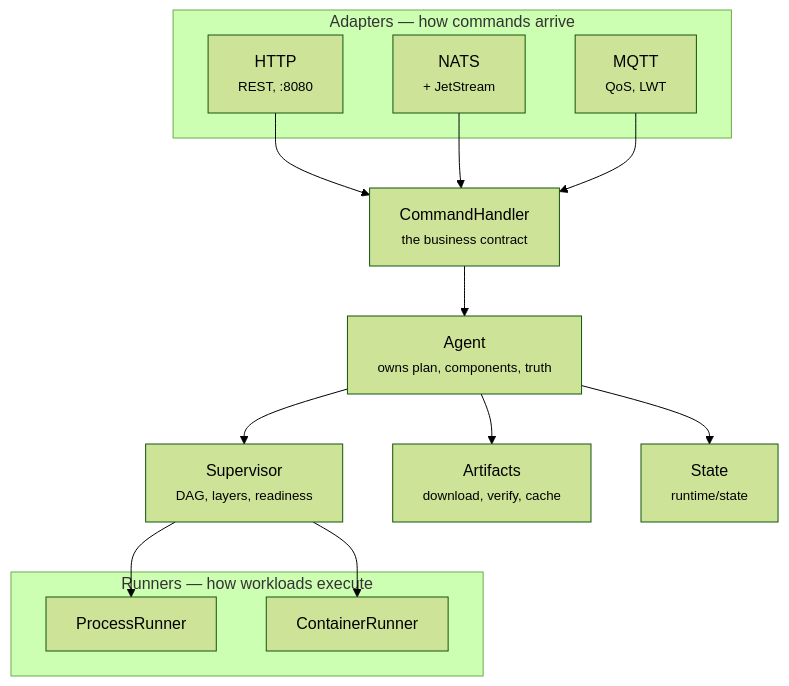
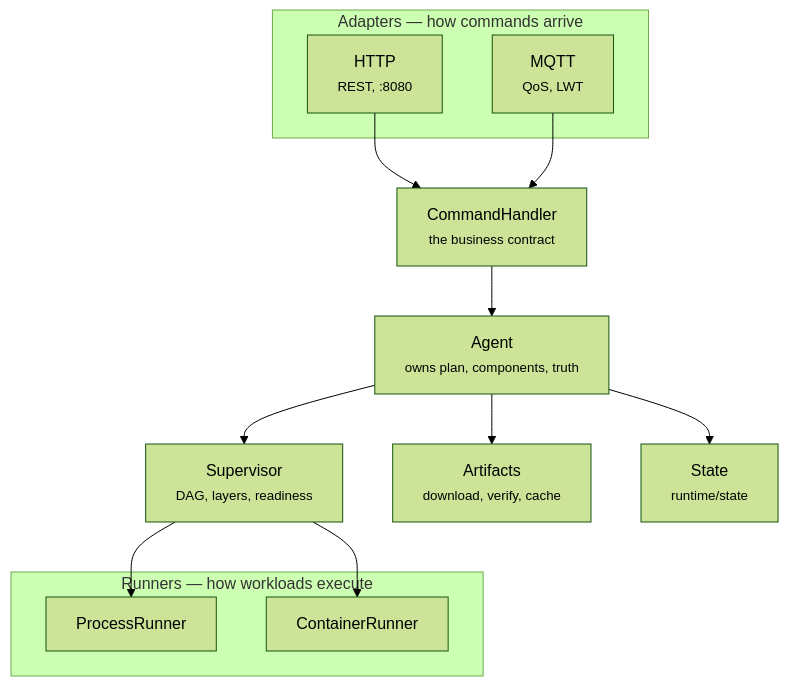
Before and after one commit to carlosprados/keystone: the second of 5 diagrams in site/content/internals/architecture.md, drawn with Mermaid (forest theme). The commit also changed other lines of this file and 34 other files, not shown here.

````diff
--- a/site/content/internals/architecture.md
+++ b/site/content/internals/architecture.md
@@ -35,27 +35,25 @@
 ```mermaid
 flowchart TD
     subgraph ADAPTERS["Adapters — how commands arrive"]
         H["HTTP<br/><small>REST, :8080</small>"]
-        N["NATS<br/><small>+ JetStream</small>"]
         M["MQTT<br/><small>QoS, LWT</small>"]
     end
     CH["CommandHandler<br/><small>the business contract</small>"]
     AG["Agent<br/><small>owns plan, components, truth</small>"]
     SUP["Supervisor<br/><small>DAG, layers, readiness</small>"]
     subgraph RUNNERS["Runners — how workloads execute"]
         PR["ProcessRunner"]
         CR["ContainerRunner"]
     end
     ART["Artifacts<br/><small>download, verify, cache</small>"]
     ST["State<br/><small>runtime/state</small>"]
 
     H --> CH
-    N --> CH
     M --> CH
     CH --> AG
     AG --> SUP
     AG --> ART
     AG --> ST
     SUP --> PR
     SUP --> CR
 ```
````
